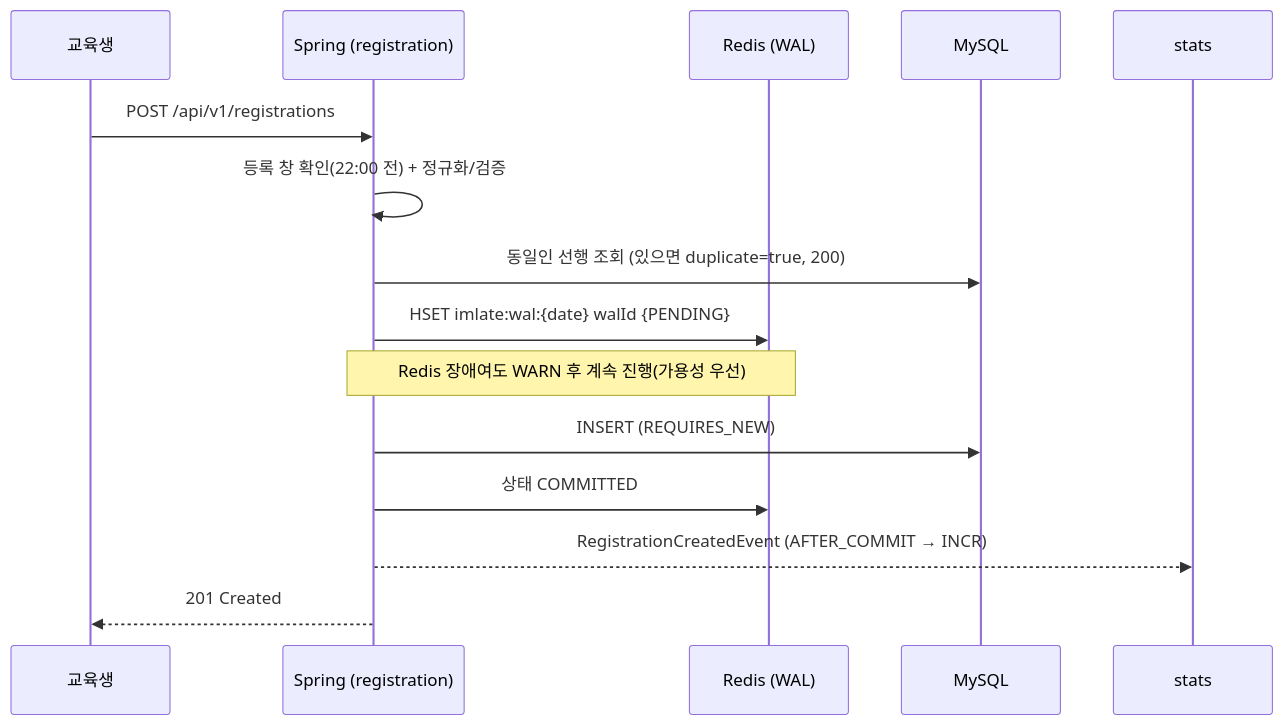
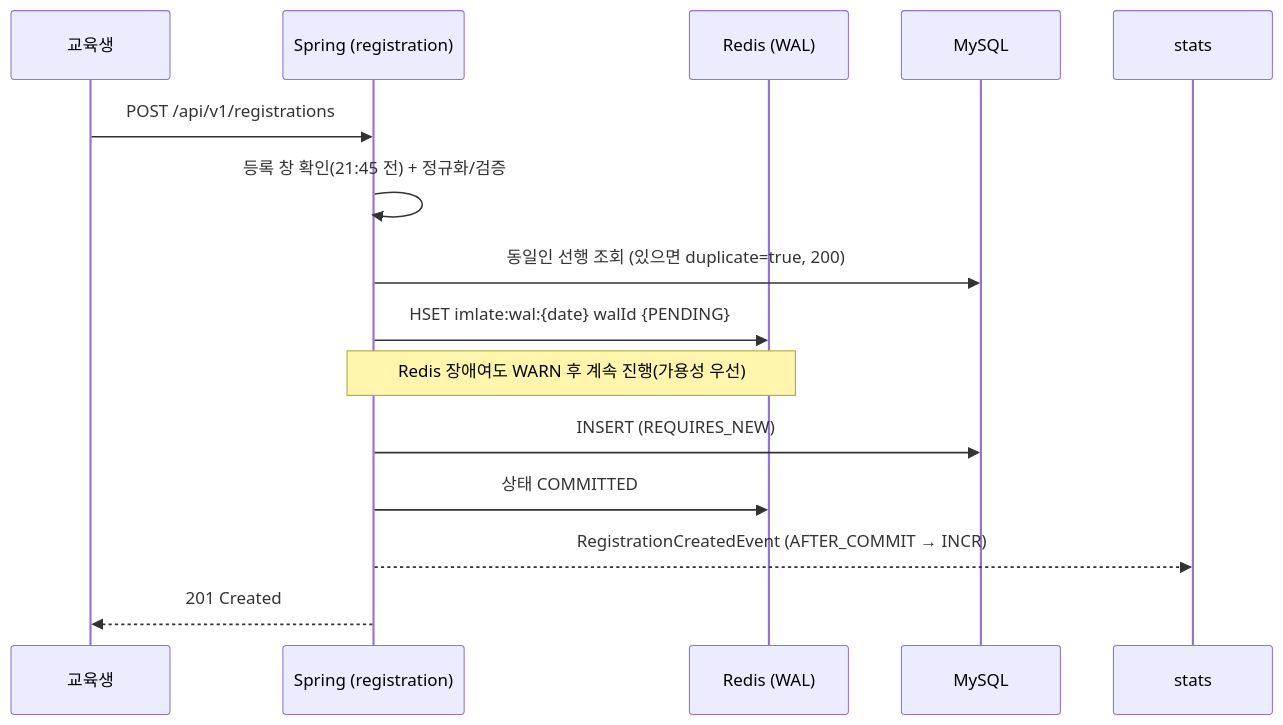
The diagram in README.md (khyun9807/skala-imlate), drawn with Mermaid before and after one commit. The commit also changed other lines of this file and 24 other files, not shown here.

````diff
--- a/README.md
+++ b/README.md
@@ -77,17 +81,17 @@
 ```mermaid
 sequenceDiagram
     participant U as 교육생
     participant A as Spring (registration)
     participant R as Redis (WAL)
     participant D as MySQL
     participant S as stats
     U->>A: POST /api/v1/registrations
-    A->>A: 등록 창 확인(22:00 전) + 정규화/검증
+    A->>A: 등록 창 확인(21:45 전) + 정규화/검증
     A->>D: 동일인 선행 조회 (있으면 duplicate=true, 200)
     A->>R: HSET imlate:wal:{date} walId {PENDING}
     Note over A,R: Redis 장애여도 WARN 후 계속 진행(가용성 우선)
     A->>D: INSERT (REQUIRES_NEW)
     A->>R: 상태 COMMITTED
     A-->>S: RegistrationCreatedEvent (AFTER_COMMIT → INCR)
     A-->>U: 201 Created
 ```
````
